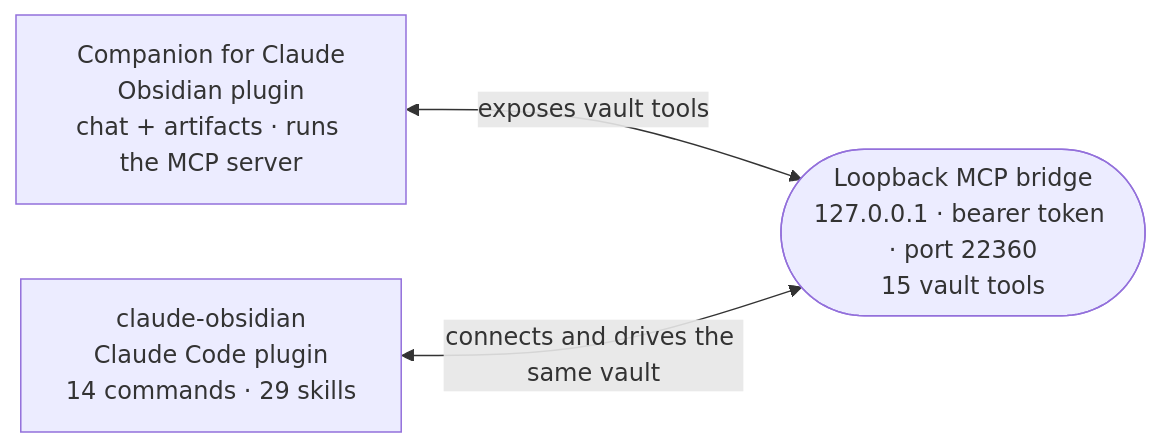
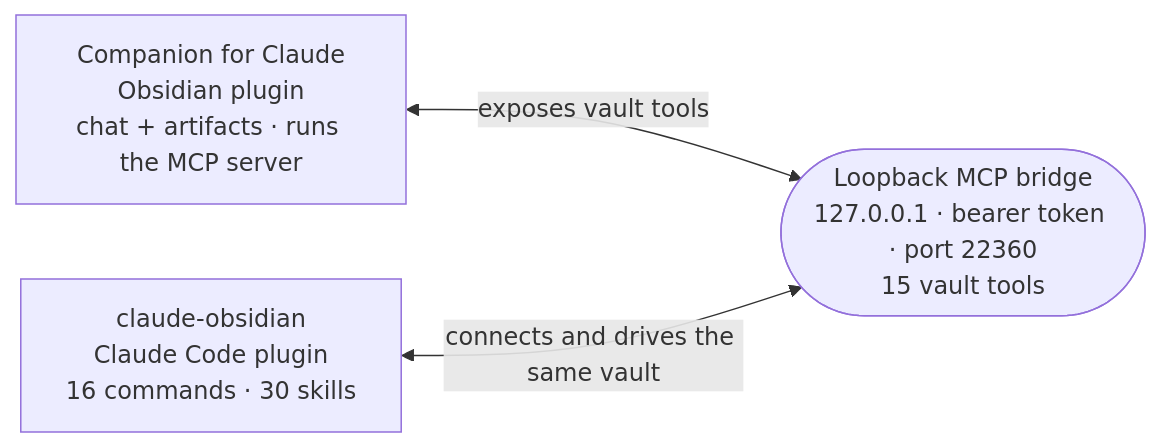
Before and after one commit to cavi-ai/claude-obsidian: the diagram in README.md, drawn with Mermaid. The commit also changed other lines of this file and 3 other files, not shown here.

````diff
--- a/README.md
+++ b/README.md
@@ -132,9 +137,9 @@
 ```mermaid
 flowchart LR
     companion["Companion for Claude<br/>Obsidian plugin<br/>chat + artifacts · runs the MCP server"]
     bridge(["Loopback MCP bridge<br/>127.0.0.1 · bearer token · port 22360<br/>15 vault tools"])
-    code["claude-obsidian<br/>Claude Code plugin<br/>14 commands · 29 skills"]
+    code["claude-obsidian<br/>Claude Code plugin<br/>16 commands · 30 skills"]
 
     companion <-->|"exposes vault tools"| bridge
     code <-->|"connects and drives the same vault"| bridge
 ```
````
